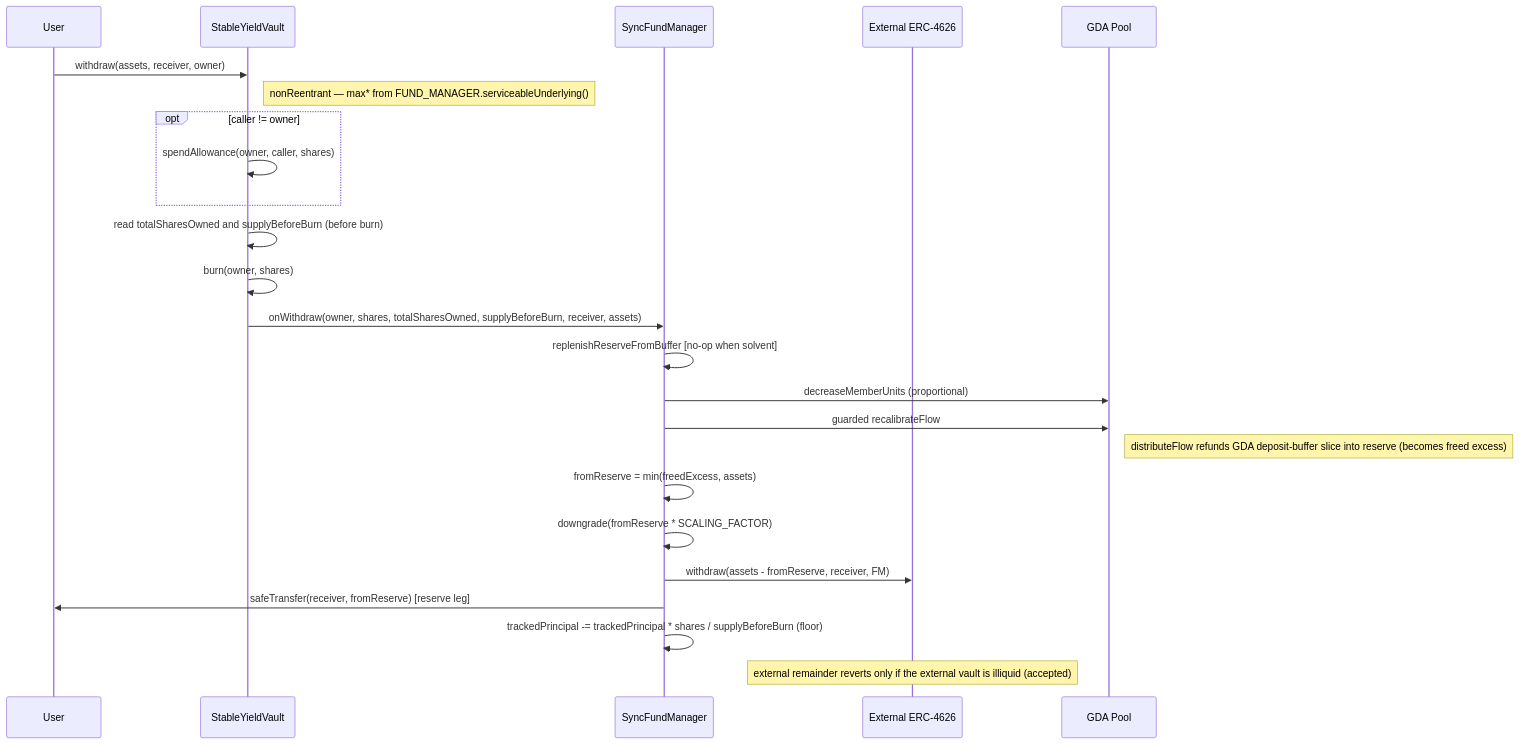
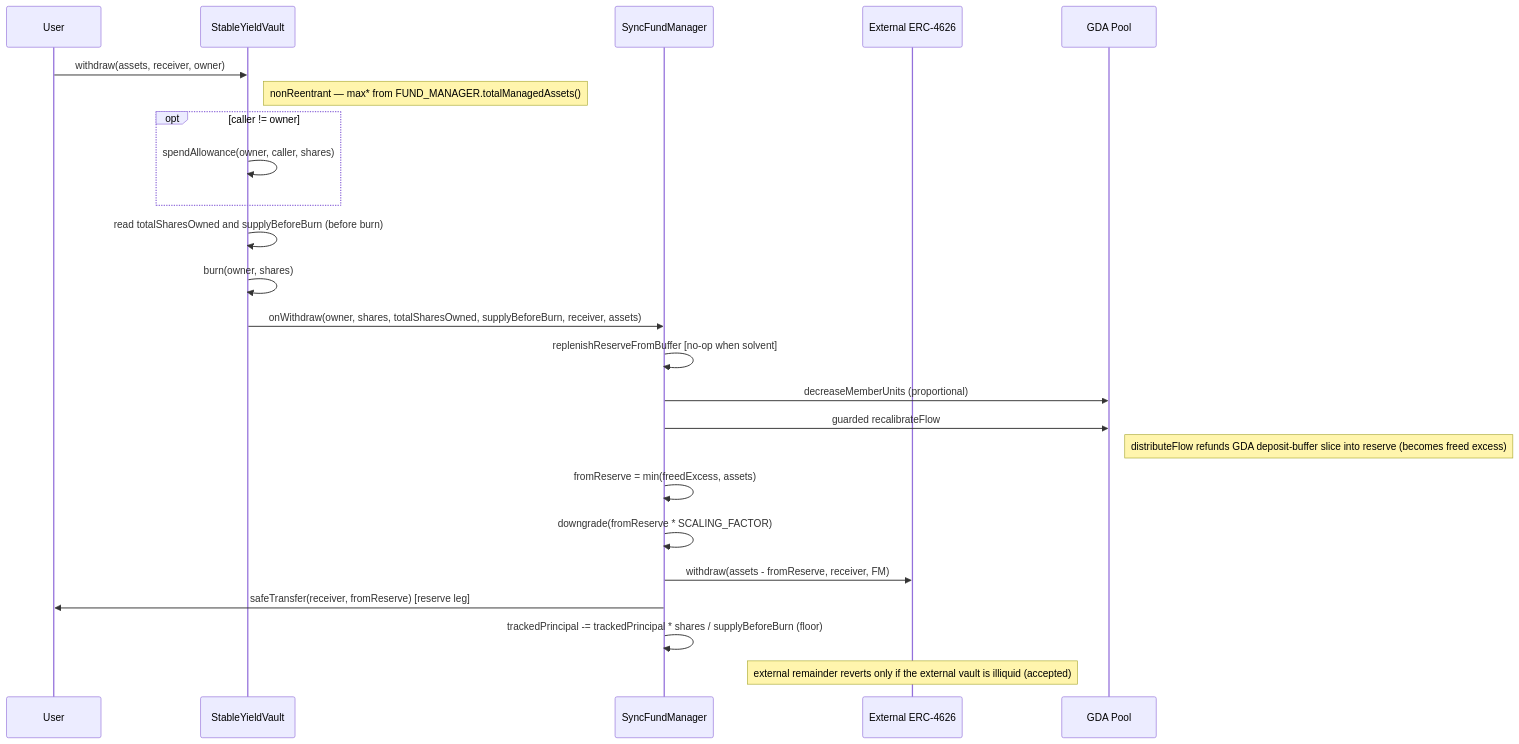
One commit to superfluid-org/stable-yield-vault changed the diagram in docs/sync-vault/flow/withdraw-flow.md. Above: the diagram before and after it, drawn with Mermaid. The commit also changed other lines of this file and 1 other file, not shown here.

````diff
--- a/docs/sync-vault/flow/withdraw-flow.md
+++ b/docs/sync-vault/flow/withdraw-flow.md
@@ -32,27 +32,27 @@
 ```mermaid
 sequenceDiagram
     participant U as User
     participant V as StableYieldVault
     participant FM as SyncFundManager
     participant E as External ERC-4626
     participant POOL as GDA Pool
 
     U->>V: withdraw(assets, receiver, owner)
-    Note right of V: nonReentrant — max* from FUND_MANAGER.serviceableUnderlying()
+    Note right of V: nonReentrant — max* from FUND_MANAGER.totalManagedAssets()
     opt caller != owner
         V->>V: spendAllowance(owner, caller, shares)
     end
     V->>V: read totalSharesOwned and supplyBeforeBurn (before burn)
     V->>V: burn(owner, shares)
     V->>FM: onWithdraw(owner, shares, totalSharesOwned, supplyBeforeBurn, receiver, assets)
     FM->>FM: replenishReserveFromBuffer [no-op when solvent]
     FM->>POOL: decreaseMemberUnits (proportional)
     FM->>POOL: guarded recalibrateFlow
     Note right of POOL: distributeFlow refunds GDA deposit-buffer slice into reserve (becomes freed excess)
     FM->>FM: fromReserve = min(freedExcess, assets)
     FM->>FM: downgrade(fromReserve * SCALING_FACTOR)
     FM->>E: withdraw(assets - fromReserve, receiver, FM)
     FM->>U: safeTransfer(receiver, fromReserve) [reserve leg]
     FM->>FM: trackedPrincipal -= trackedPrincipal * shares / supplyBeforeBurn (floor)
     Note over E: external remainder reverts only if the external vault is illiquid (accepted)
 ```
````
